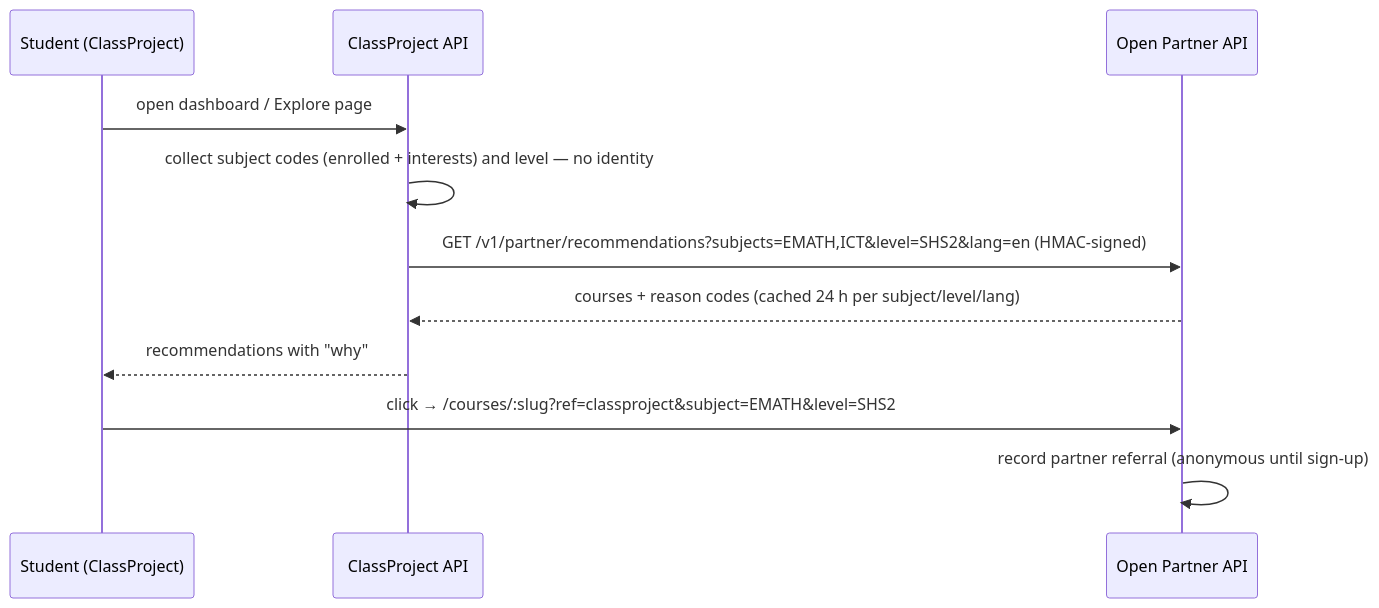
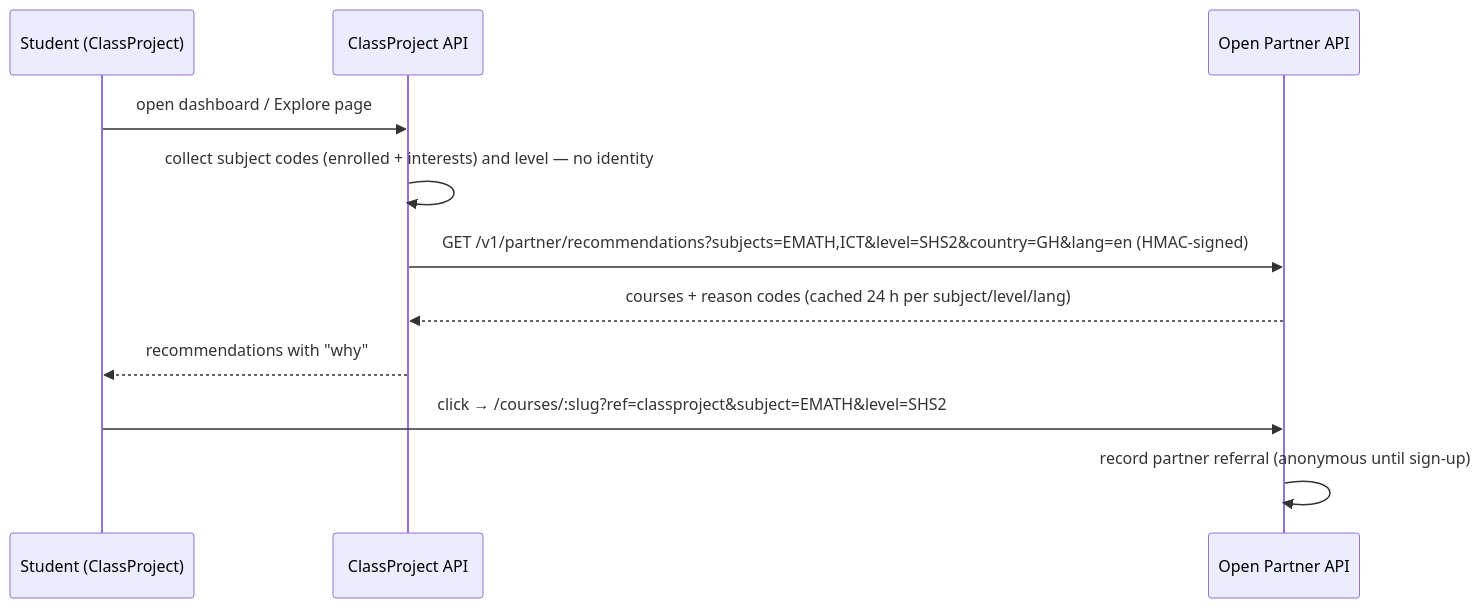
Before and after one commit to Techmawu-Solutions/cpopen: the fifth of 5 diagrams in ClassProject Open — Product Specification.md, drawn with Mermaid. The commit also changed other lines of this file and 12 other files, not shown here.

````diff
--- a/ClassProject Open — Product Specification.md
+++ b/ClassProject Open — Product Specification.md
@@ -1224,13 +1225,13 @@
 ```mermaid
 sequenceDiagram
   participant S as Student (ClassProject)
   participant CP as ClassProject API
   participant O as Open Partner API
   S->>CP: open dashboard / Explore page
   CP->>CP: collect subject codes (enrolled + interests) and level — no identity
-  CP->>O: GET /v1/partner/recommendations?subjects=EMATH,ICT&level=SHS2&lang=en (HMAC-signed)
+  CP->>O: GET /v1/partner/recommendations?subjects=EMATH,ICT&level=SHS2&country=GH&lang=en (HMAC-signed)
   O-->>CP: courses + reason codes (cached 24 h per subject/level/lang)
   CP-->>S: recommendations with "why"
   S->>O: click → /courses/:slug?ref=classproject&subject=EMATH&level=SHS2
   O->>O: record partner referral (anonymous until sign-up)
 ```
````
